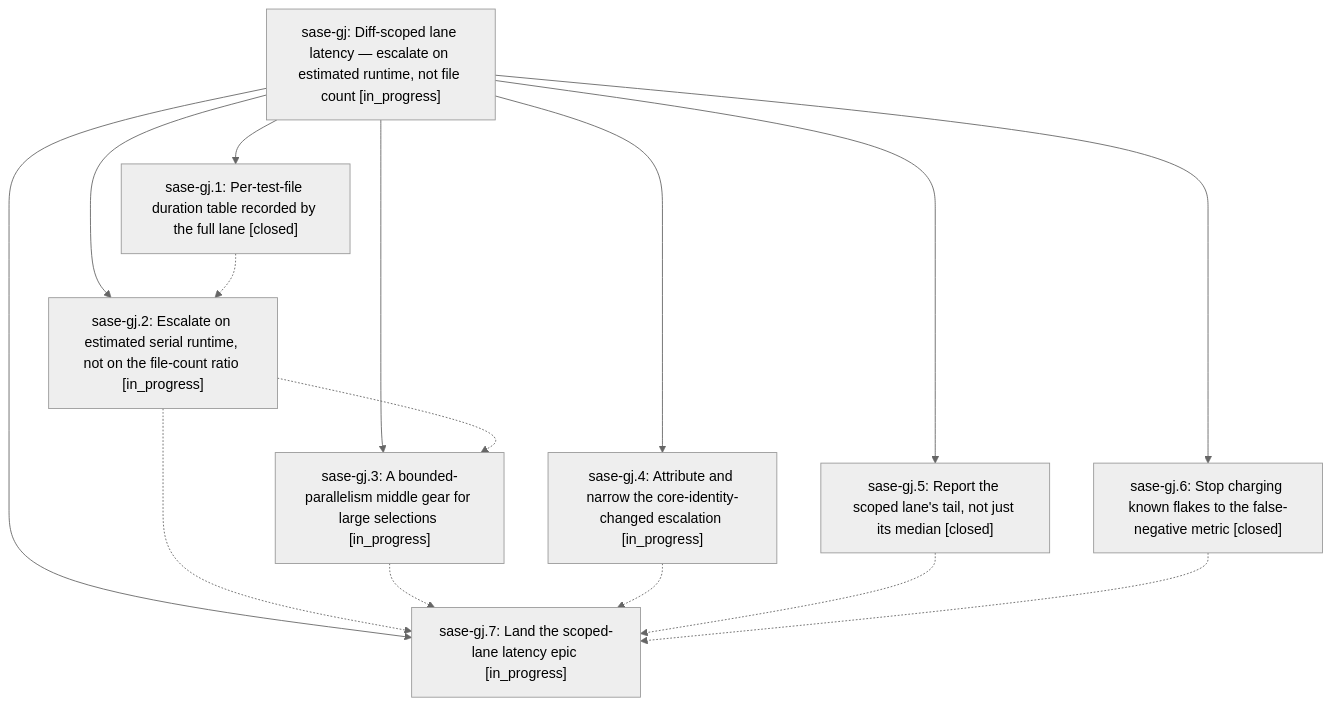
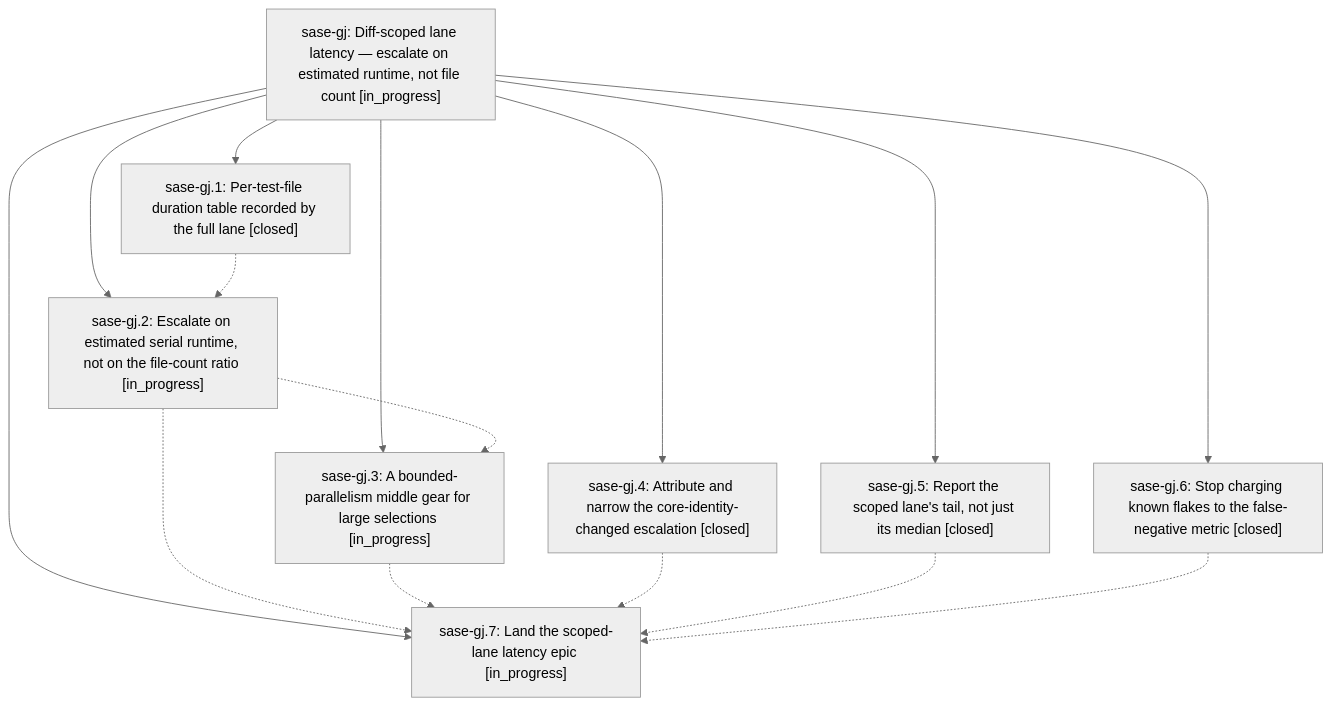
Before and after one commit to sase-org/sase--beads: the diagram in pages/sase-gj/README.md, drawn with Mermaid (neutral theme). The commit also changed other lines of this file and 2 other files, not shown here.

First line of the commit message:
chore(beads): sync bead state and pages for sase-gj

````diff
--- a/pages/sase-gj/README.md
+++ b/pages/sase-gj/README.md
@@ -28,25 +28,25 @@
 ```mermaid
 flowchart TD
     n0["sase-gj: Diff-scoped lane latency — escalate on estimated runtime, not file count [in_progress]"]
     n1["sase-gj.1: Per-test-file duration table recorded by the full lane [closed]"]
     n2["sase-gj.2: Escalate on estimated serial runtime, not on the file-count ratio [in_progress]"]
     n3["sase-gj.3: A bounded-parallelism middle gear for large selections [in_progress]"]
-    n4["sase-gj.4: Attribute and narrow the core-identity-changed escalation [in_progress]"]
+    n4["sase-gj.4: Attribute and narrow the core-identity-changed escalation [closed]"]
     n5["sase-gj.5: Report the scoped lane's tail, not just its median [closed]"]
     n6["sase-gj.6: Stop charging known flakes to the false-negative metric [closed]"]
     n7["sase-gj.7: Land the scoped-lane latency epic [in_progress]"]
     n0 --> n1
     n0 --> n2
     n0 --> n3
     n0 --> n4
     n0 --> n5
     n0 --> n6
     n0 --> n7
     n1 -.-> n2
     n2 -.-> n3
     n2 -.-> n7
     n3 -.-> n7
     n4 -.-> n7
     n5 -.-> n7
     n6 -.-> n7
 ```
````
